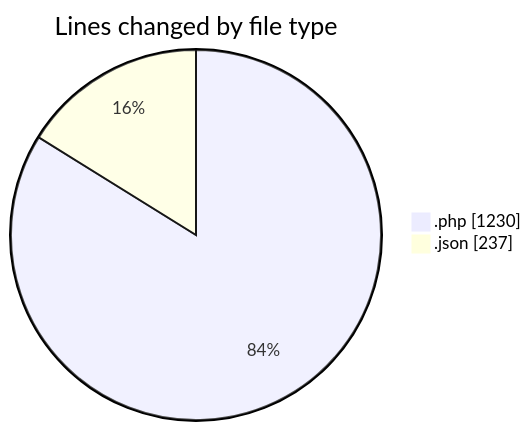
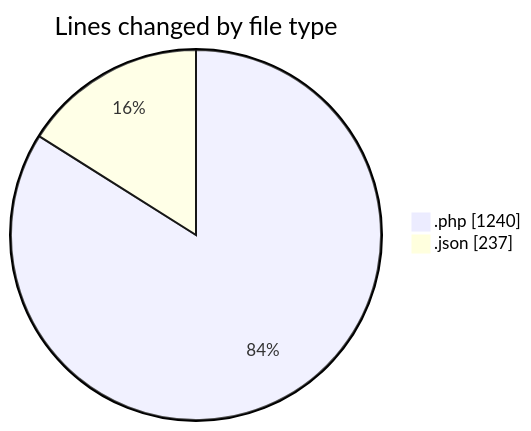
Before and after one commit to idhammustaqopulfikri/code-tracking: the first of 2 diagrams in 2025-05-28/studio-backend/README.md, drawn with Mermaid. The commit also changed other lines of this file and 1 other file, not shown here.

````diff
--- a/2025-05-28/studio-backend/README.md
+++ b/2025-05-28/studio-backend/README.md
@@ -39,6 +39,6 @@
 ```mermaid
 pie showData
 title Lines changed by file type
-".php" : 1230
+".php" : 1240
 ".json" : 237
 ```
````
